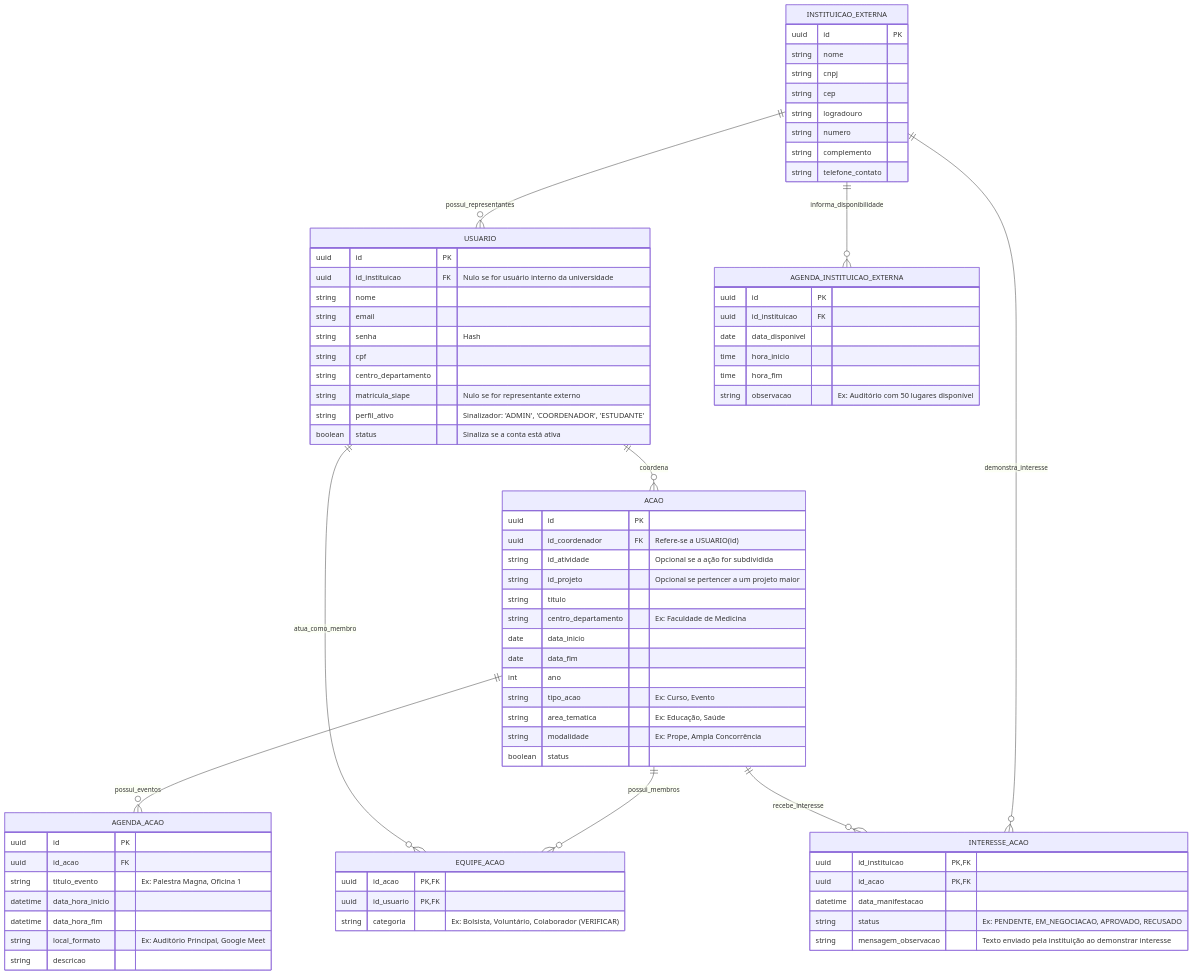
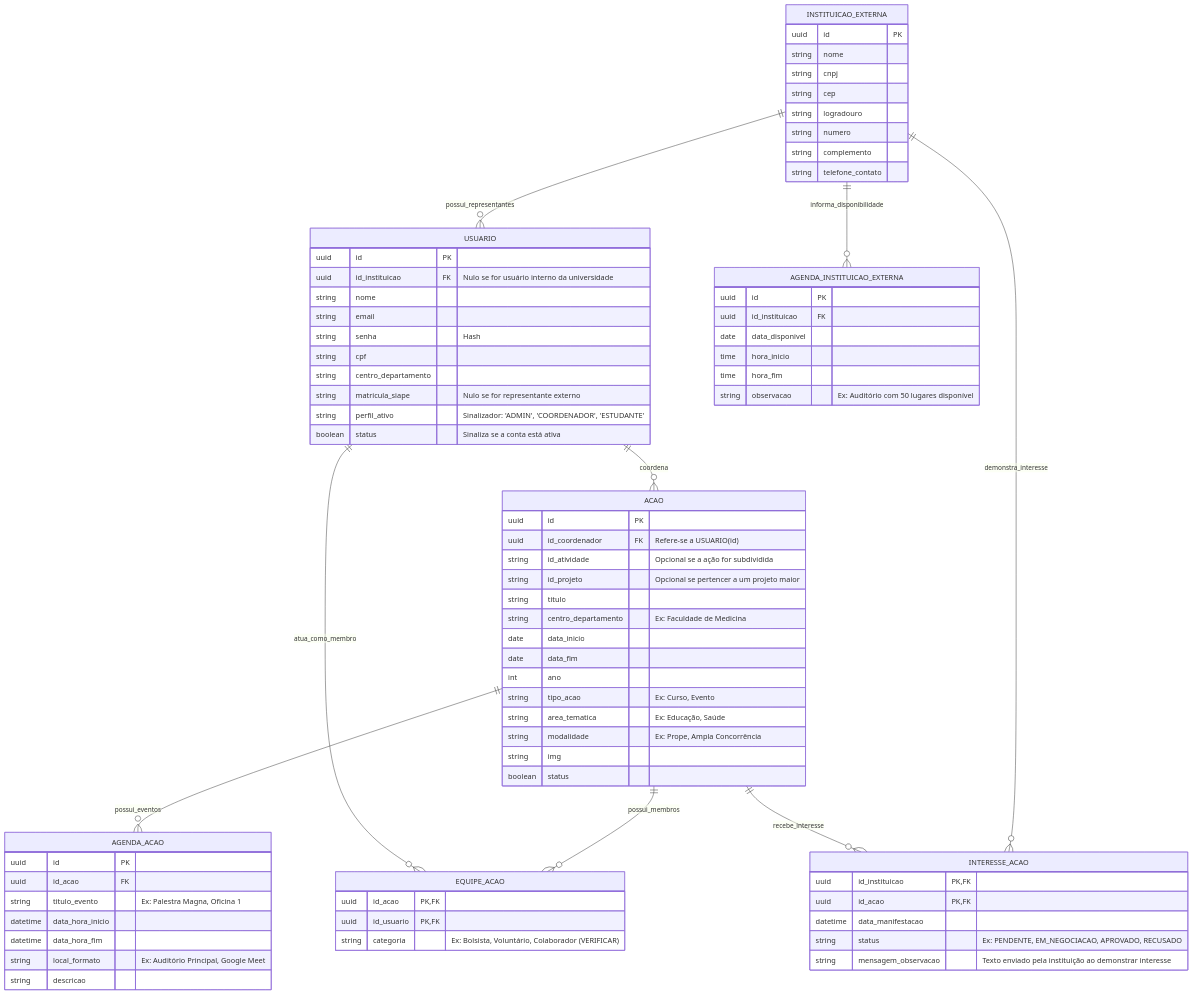
One commit to PROEX-UFCA/sigex changed the diagram in README.md. Above: the diagram before and after it, drawn with Mermaid. The commit also changed other lines of this file and 23 other files, not shown here.

```diff
--- a/README.md
+++ b/README.md
@@ -36,6 +38,7 @@
         string tipo_acao "Ex: Curso, Evento"
         string area_tematica "Ex: Educação, Saúde"
         string modalidade "Ex: Prope, Ampla Concorrência"
+        string img
         boolean status
     }
 
```
